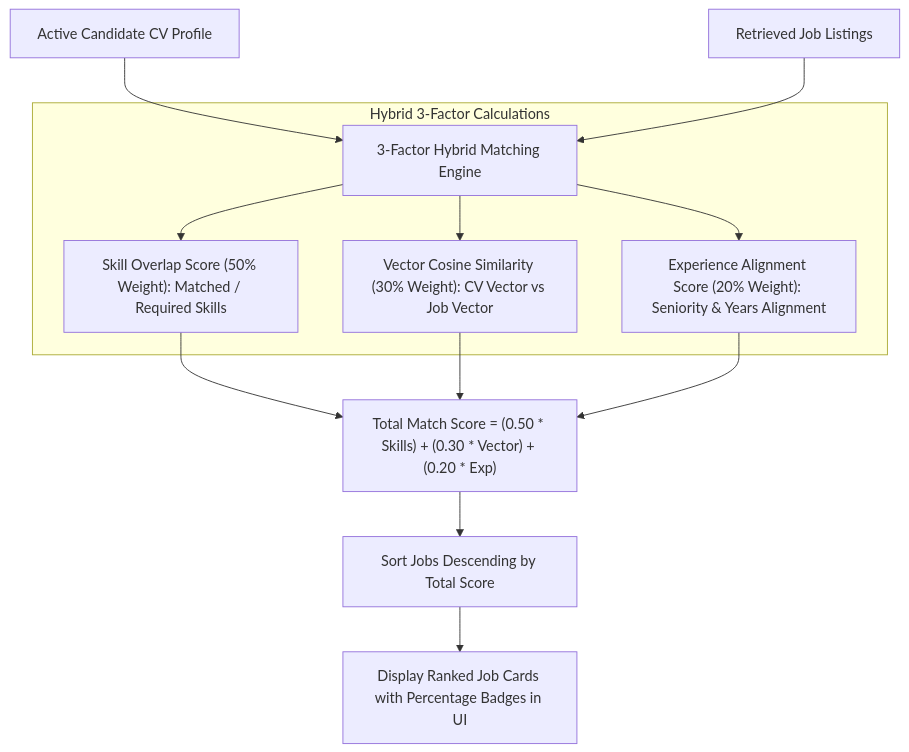
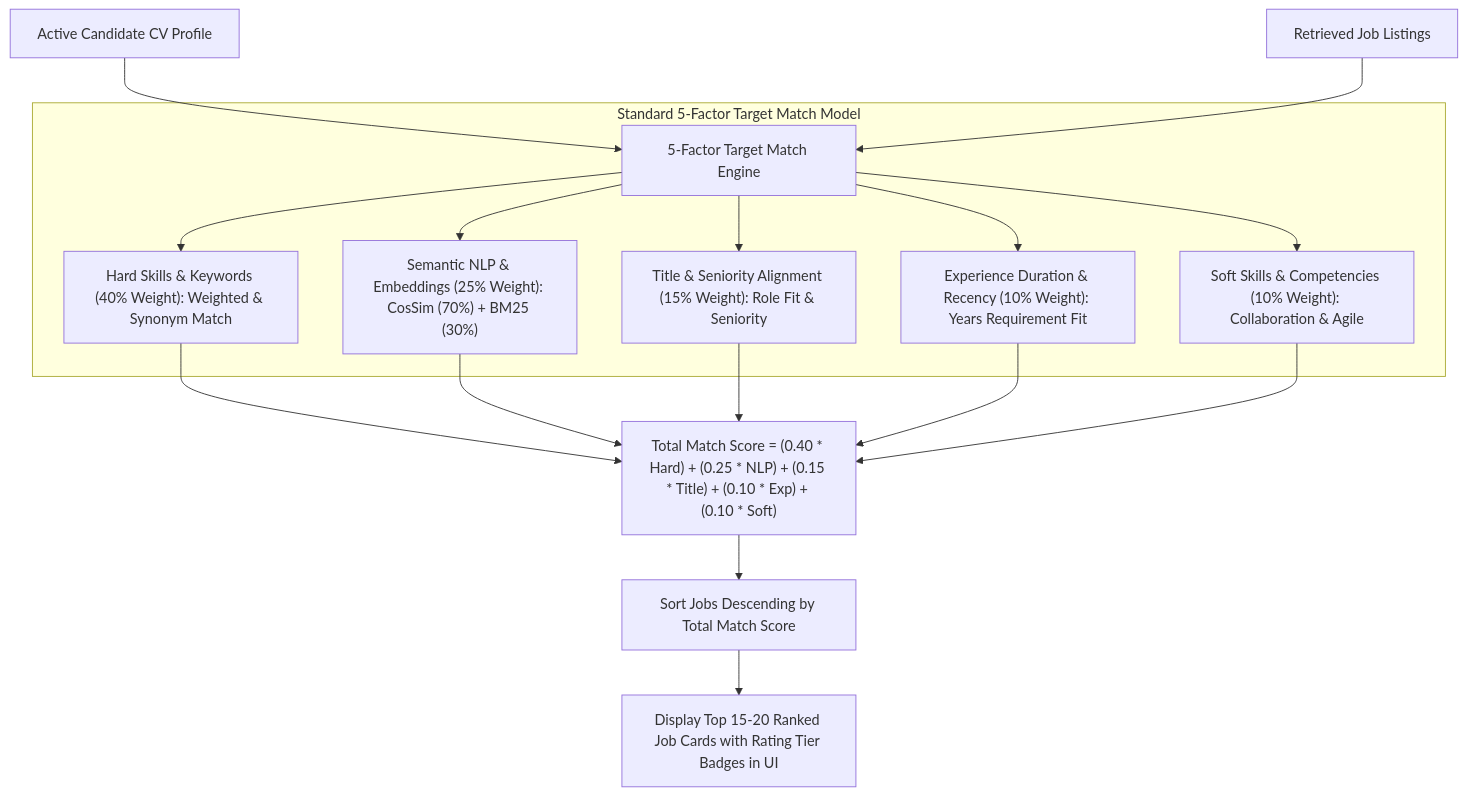
The fifth of 9 diagrams in docs/architecture_flowcharts.md (Mostafa710/career-copilot), drawn with Mermaid before and after one commit. The commit also changed other lines of this file and 1 other file, not shown here.

Commit message:
docs: update README and architecture flowcharts to reflect standardized dual-mode ATS engine and 15-20 job batch capacity

````diff
--- a/docs/architecture_flowcharts.md
+++ b/docs/architecture_flowcharts.md
@@ -124,14 +125,16 @@
 ```mermaid
 flowchart TD
-    ActiveCV["Active Candidate CV Profile"] & JobBatch["Retrieved Job Listings"] --> MatchPipeline["3-Factor Hybrid Matching Engine"]
+    ActiveCV["Active Candidate CV Profile"] & JobBatch["Retrieved Job Listings"] --> MatchPipeline["5-Factor Target Match Engine"]
     
-    subgraph HybridPipeline ["Hybrid 3-Factor Calculations"]
-        MatchPipeline --> F1["Skill Overlap Score (50% Weight): Matched / Required Skills"]
-        MatchPipeline --> F2["Vector Cosine Similarity (30% Weight): CV Vector vs Job Vector"]
-        MatchPipeline --> F3["Experience Alignment Score (20% Weight): Seniority & Years Alignment"]
+    subgraph Standard5Factor ["Standard 5-Factor Target Match Model"]
+        MatchPipeline --> F1["Hard Skills & Keywords (40% Weight): Weighted & Synonym Match"]
+        MatchPipeline --> F2["Semantic NLP & Embeddings (25% Weight): CosSim (70%) + BM25 (30%)"]
+        MatchPipeline --> F3["Title & Seniority Alignment (15% Weight): Role Fit & Seniority"]
+        MatchPipeline --> F4["Experience Duration & Recency (10% Weight): Years Requirement Fit"]
+        MatchPipeline --> F5["Soft Skills & Competencies (10% Weight): Collaboration & Agile"]
     end
     
-    F1 & F2 & F3 --> WeightedRank["Total Match Score = (0.50 * Skills) + (0.30 * Vector) + (0.20 * Exp)"]
-    WeightedRank --> SortDesc["Sort Jobs Descending by Total Score"]
-    SortDesc --> ReturnRanked["Display Ranked Job Cards with Percentage Badges in UI"]
+    F1 & F2 & F3 & F4 & F5 --> WeightedRank["Total Match Score = (0.40 * Hard) + (0.25 * NLP) + (0.15 * Title) + (0.10 * Exp) + (0.10 * Soft)"]
+    WeightedRank --> SortDesc["Sort Jobs Descending by Total Match Score"]
+    SortDesc --> ReturnRanked["Display Top 15-20 Ranked Job Cards with Rating Tier Badges in UI"]
 ```
````
